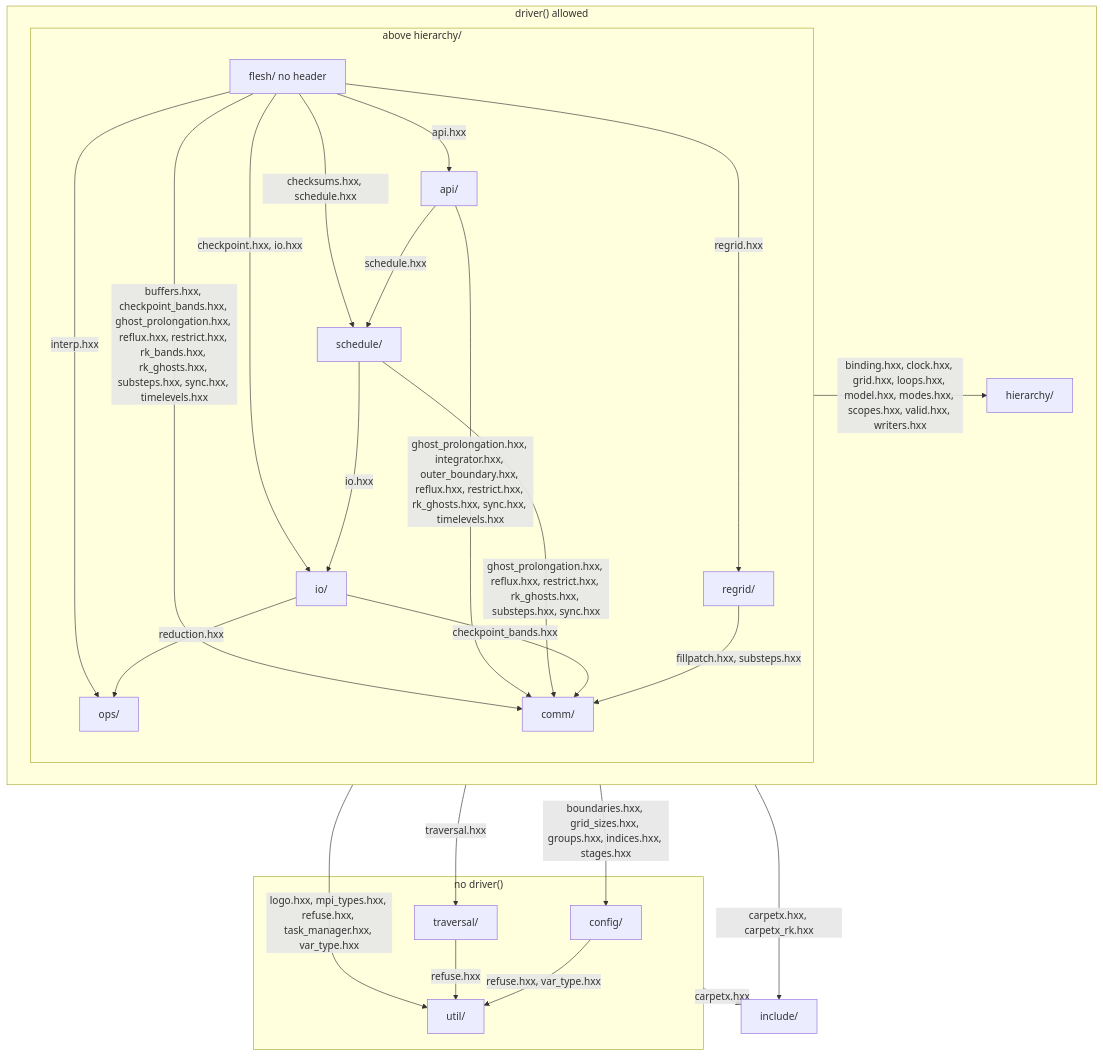
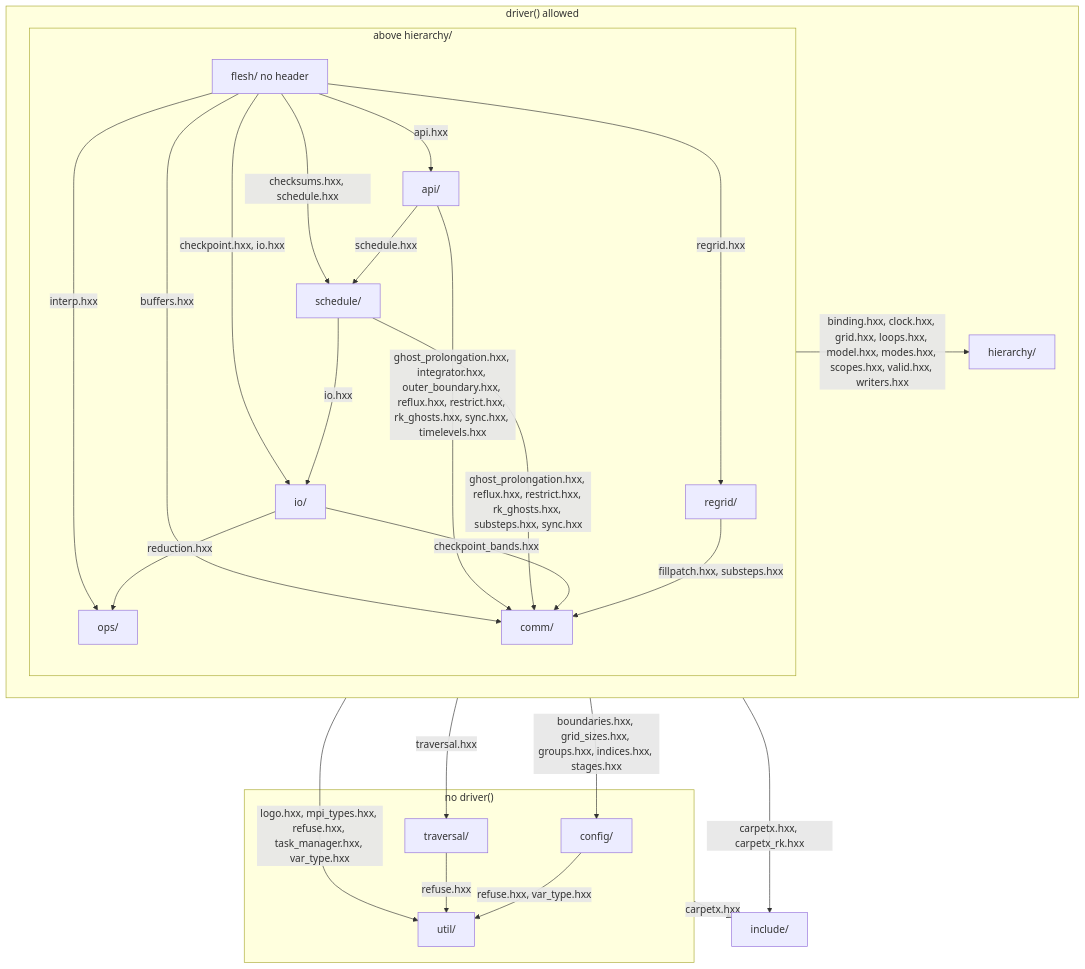
Before and after one commit to lwJi/CarpetX: the first of 3 diagrams in agent_docs/carpetx-internals.md, drawn with Mermaid. The commit also changed other lines of this file and 3 other files, not shown here.

````diff
--- a/agent_docs/carpetx-internals.md
+++ b/agent_docs/carpetx-internals.md
@@ -7,42 +7,42 @@
 ```mermaid
 flowchart TB
   subgraph door["driver() allowed"]
     subgraph above["above hierarchy/"]
       flesh["flesh/ no header"]
       api["api/"]
       schedule["schedule/"]
       io["io/"]
       ops["ops/"]
       regrid["regrid/"]
       comm["comm/"]
     end
     hierarchy["hierarchy/"]
   end
   subgraph nodoor["no driver()"]
     config["config/"]
     traversal["traversal/"]
     util["util/"]
   end
   include["include/"]
   flesh -- "api.hxx" --> api
   flesh -- "checksums.hxx, schedule.hxx" --> schedule
   flesh -- "checkpoint.hxx, io.hxx" --> io
   flesh -- "interp.hxx" --> ops
   flesh -- "regrid.hxx" --> regrid
-  flesh -- "buffers.hxx, checkpoint_bands.hxx, ghost_prolongation.hxx, reflux.hxx, restrict.hxx, rk_bands.hxx, rk_ghosts.hxx, substeps.hxx, sync.hxx, timelevels.hxx" --> comm
+  flesh -- "buffers.hxx" --> comm
   api -- "schedule.hxx" --> schedule
   api -- "ghost_prolongation.hxx, integrator.hxx, outer_boundary.hxx, reflux.hxx, restrict.hxx, rk_ghosts.hxx, sync.hxx, timelevels.hxx" --> comm
   schedule -- "io.hxx" --> io
   schedule -- "ghost_prolongation.hxx, reflux.hxx, restrict.hxx, rk_ghosts.hxx, substeps.hxx, sync.hxx" --> comm
   io -- "reduction.hxx" --> ops
   io -- "checkpoint_bands.hxx" --> comm
   regrid -- "fillpatch.hxx, substeps.hxx" --> comm
   config -- "refuse.hxx, var_type.hxx" --> util
   traversal -- "refuse.hxx" --> util
   above -- "binding.hxx, clock.hxx, grid.hxx, loops.hxx, model.hxx, modes.hxx, scopes.hxx, valid.hxx, writers.hxx" --> hierarchy
   door -- "boundaries.hxx, grid_sizes.hxx, groups.hxx, indices.hxx, stages.hxx" --> config
   door -- "traversal.hxx" --> traversal
   door -- "logo.hxx, mpi_types.hxx, refuse.hxx, task_manager.hxx, var_type.hxx" --> util
   door -- "carpetx.hxx, carpetx_rk.hxx" --> include
   nodoor -- "carpetx.hxx" --> include
 ```
````
